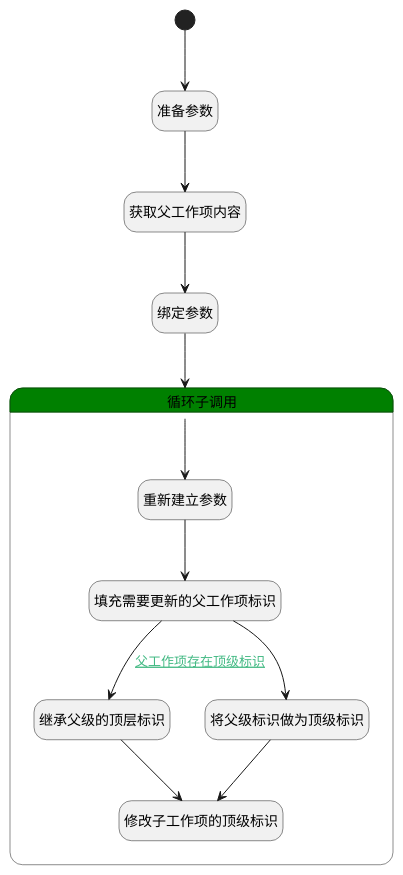
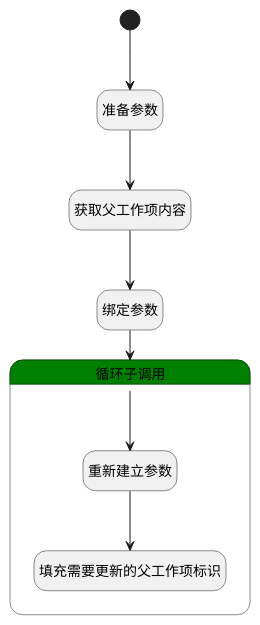
The diagram in doc/docsify/module/ProjMgmt/work_item/logic/choose_child.md (iBizLab/plm), drawn with PlantUML before and after one commit. The commit also changed other lines of this file and 1068 other files, not shown here.

````diff
--- a/doc/docsify/module/ProjMgmt/work_item/logic/choose_child.md
+++ b/doc/docsify/module/ProjMgmt/work_item/logic/choose_child.md
@@ -7,37 +7,30 @@
 ```plantuml
 @startuml
 hide empty description
 <style>
 root {
   HyperlinkColor #42b983
 }
 </style>
 
 hide empty description
 state "开始" as Begin <<start>> [[$./choose_child#begin {"开始"}]]
 state "准备参数" as PREPAREPARAM2  [[$./choose_child#prepareparam2 {"准备参数"}]]
 state "获取父工作项内容" as DEACTION2  [[$./choose_child#deaction2 {"获取父工作项内容"}]]
 state "绑定参数" as BINDPARAM1  [[$./choose_child#bindparam1 {"绑定参数"}]]
 state "循环子调用" as LOOPSUBCALL1  [[$./choose_child#loopsubcall1 {"循环子调用"}]] #green {
 state "重新建立参数" as RENEWPARAM1  [[$./choose_child#renewparam1 {"重新建立参数"}]]
 state "填充需要更新的父工作项标识" as PREPAREPARAM1  [[$./choose_child#prepareparam1 {"填充需要更新的父工作项标识"}]]
-state "继承父级的顶层标识" as PREPAREPARAM3  [[$./choose_child#prepareparam3 {"继承父级的顶层标识"}]]
-state "将父级标识做为顶级标识" as PREPAREPARAM4  [[$./choose_child#prepareparam4 {"将父级标识做为顶级标识"}]]
-state "修改子工作项的顶级标识" as DELOGIC1  [[$./choose_child#delogic1 {"修改子工作项的顶级标识"}]]
 }
 
 
 Begin --> PREPAREPARAM2
 PREPAREPARAM2 --> DEACTION2
 DEACTION2 --> BINDPARAM1
 BINDPARAM1 --> LOOPSUBCALL1
 LOOPSUBCALL1 --> RENEWPARAM1
 RENEWPARAM1 --> PREPAREPARAM1
-PREPAREPARAM1 --> PREPAREPARAM3 : [[$./choose_child#prepareparam1-prepareparam3{父工作项存在顶级标识} 父工作项存在顶级标识]]
-PREPAREPARAM3 --> DELOGIC1
-PREPAREPARAM1 --> PREPAREPARAM4
-PREPAREPARAM4 --> DELOGIC1
 
 
 @enduml
 ```
````
